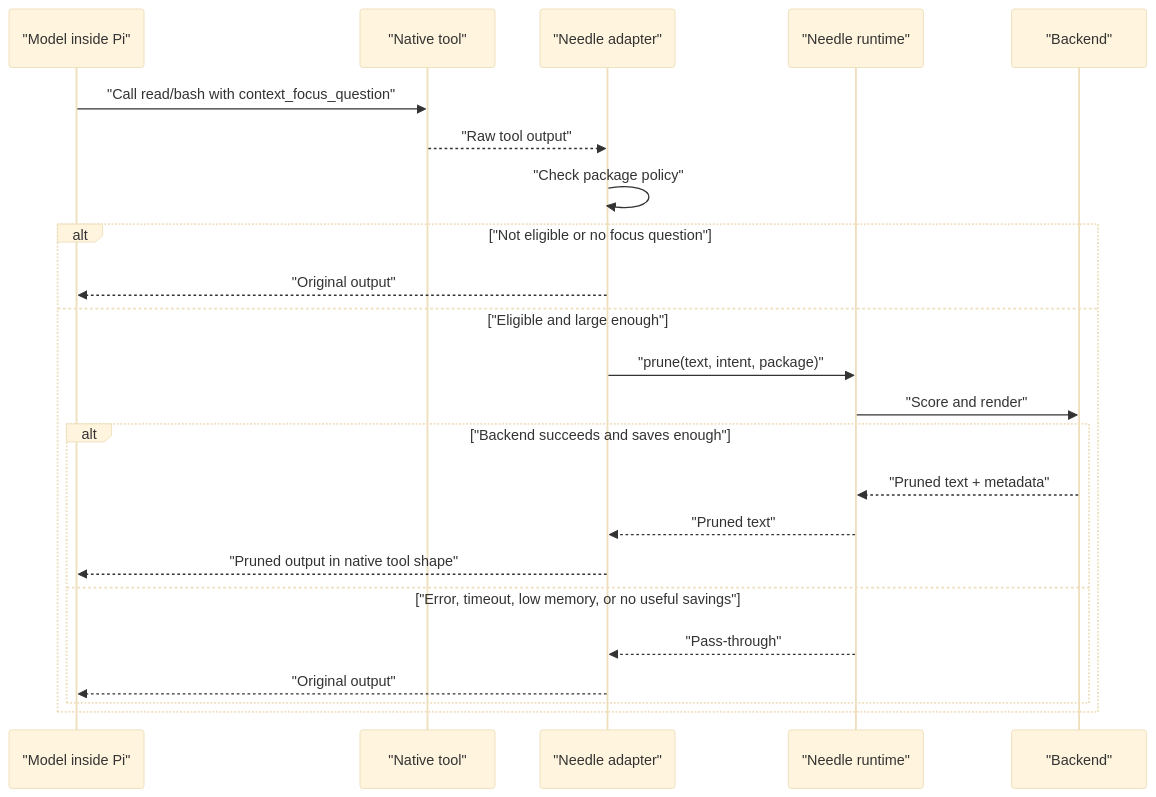
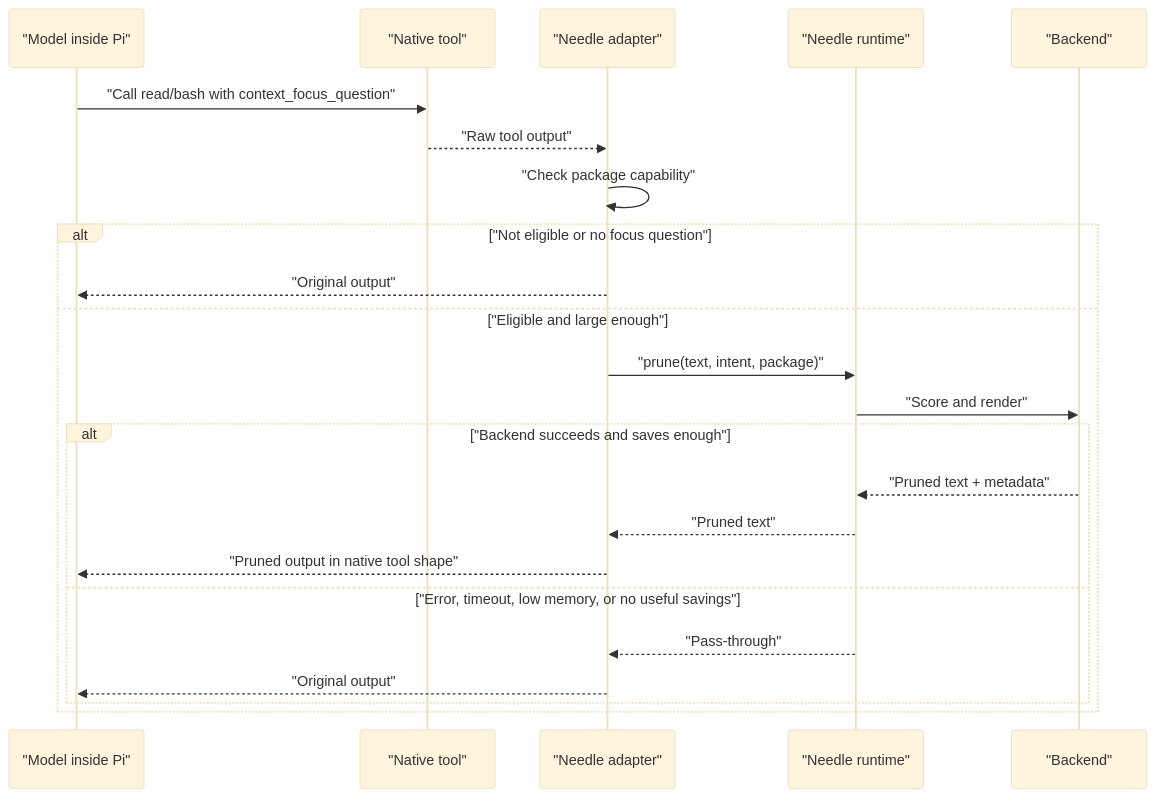
Before and after one commit to e24z/needle: the fourth of 5 diagrams in NEEDLE-1.0-PRD.md, drawn with Mermaid (base theme). The commit also changed other lines of this file and 1 other file, not shown here.

````diff
--- a/NEEDLE-1.0-PRD.md
+++ b/NEEDLE-1.0-PRD.md
@@ -622,26 +613,26 @@
 ```mermaid
 sequenceDiagram
     participant M as "Model inside Pi"
     participant T as "Native tool"
     participant A as "Needle adapter"
     participant R as "Needle runtime"
     participant B as "Backend"
 
     M->>T: "Call read/bash with context_focus_question"
     T-->>A: "Raw tool output"
-    A->>A: "Check package policy"
+    A->>A: "Check package capability"
     alt "Not eligible or no focus question"
         A-->>M: "Original output"
     else "Eligible and large enough"
         A->>R: "prune(text, intent, package)"
         R->>B: "Score and render"
         alt "Backend succeeds and saves enough"
             B-->>R: "Pruned text + metadata"
             R-->>A: "Pruned text"
             A-->>M: "Pruned output in native tool shape"
         else "Error, timeout, low memory, or no useful savings"
             R-->>A: "Pass-through"
             A-->>M: "Original output"
         end
     end
 ```
````
